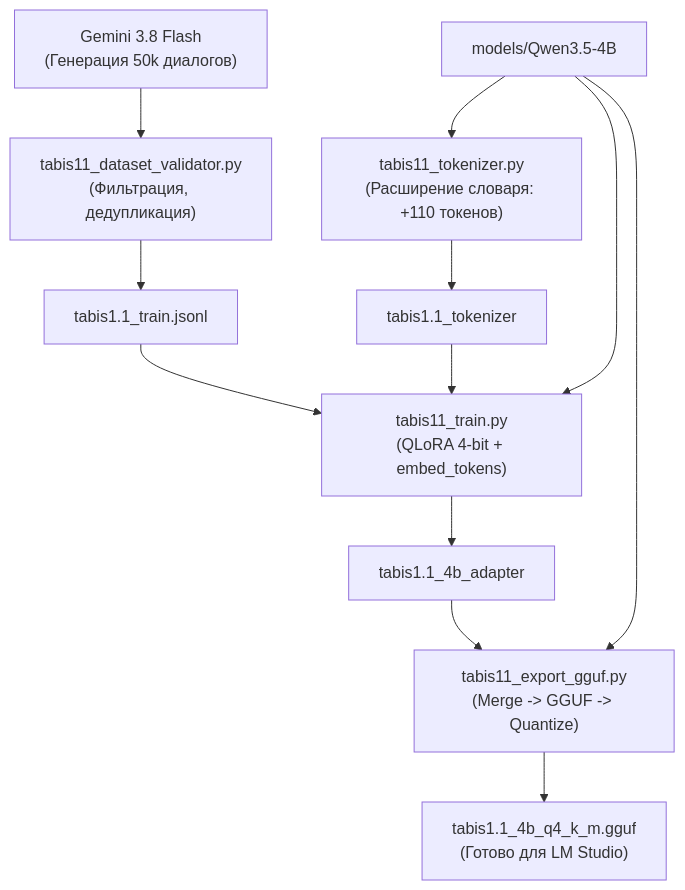
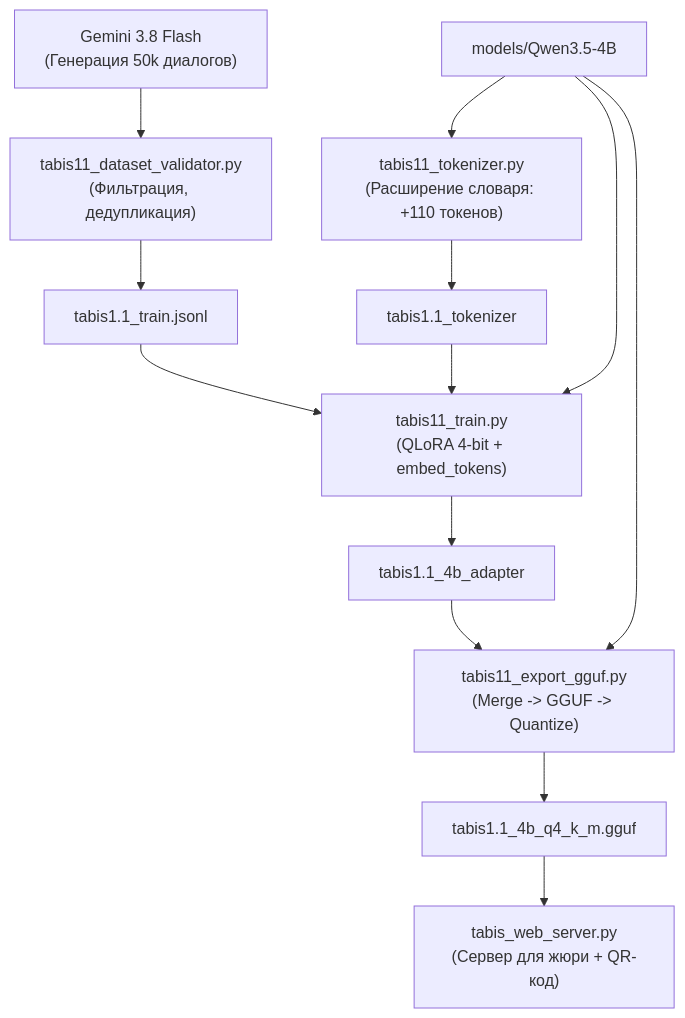
Before and after one commit to nikolaevsaryal10-byte/tabis-sakha-slm: the diagram in PIPELINE_TABIS_1.1.md, drawn with Mermaid. The commit also changed other lines of this file and 1 other file, not shown here.

Commit message:
Pipeline: add municipal stage roadmap, web server for jury, QR code plan, and 7-min speaker timing

````diff
--- a/PIPELINE_TABIS_1.1.md
+++ b/PIPELINE_TABIS_1.1.md
@@ -43,11 +45,12 @@
 ```mermaid
 flowchart TD
     A["models/Qwen3.5-4B"] --> B["tabis11_tokenizer.py<br/>(Расширение словаря: +110 токенов)"]
     B --> C["tabis1.1_tokenizer"]
     D["Gemini 3.8 Flash<br/>(Генерация 50k диалогов)"] --> E["tabis11_dataset_validator.py<br/>(Фильтрация, дедупликация)"]
     E --> F["tabis1.1_train.jsonl"]
     C & F & A --> G["tabis11_train.py<br/>(QLoRA 4-bit + embed_tokens)"]
     G --> H["tabis1.1_4b_adapter"]
     H & A --> I["tabis11_export_gguf.py<br/>(Merge -> GGUF -> Quantize)"]
-    I --> J["tabis1.1_4b_q4_k_m.gguf<br/>(Готово для LM Studio)"]
+    I --> J["tabis1.1_4b_q4_k_m.gguf"]
+    J --> K["tabis_web_server.py<br/>(Сервер для жюри + QR-код)"]
 ```
````
